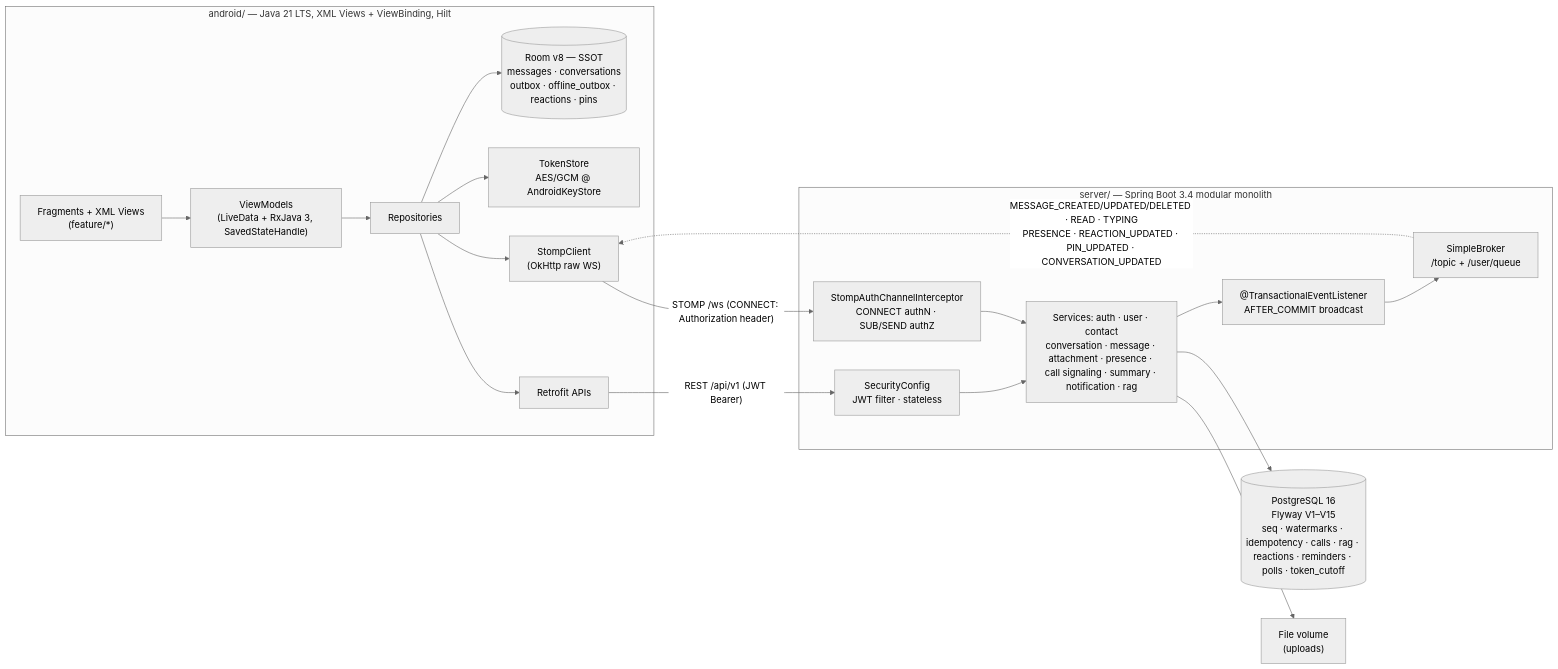
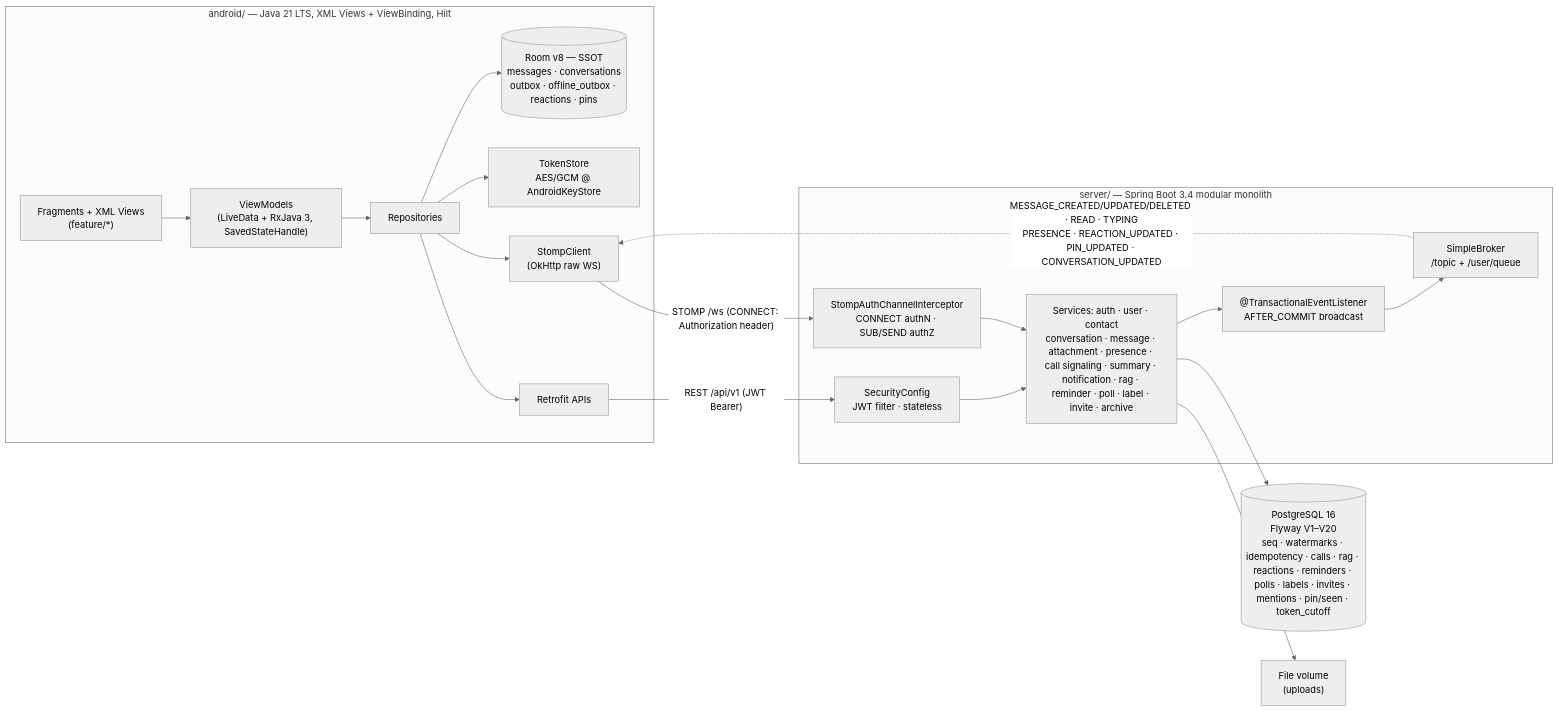
One commit to JasonTM17/Nexachat_AppJ changed the diagram in README.md. Above: the diagram before and after it, drawn with Mermaid (neutral theme). The commit also changed other lines of this file and 9 other files, not shown here.

````diff
--- a/README.md
+++ b/README.md
@@ -105,29 +111,29 @@
 ```mermaid
 flowchart LR
     subgraph Android["android/ — Java 21 LTS, XML Views + ViewBinding, Hilt"]
         UI["Fragments + XML Views<br/>(feature/*)"] --> VM["ViewModels<br/>(LiveData + RxJava 3, SavedStateHandle)"]
         VM --> REPO["Repositories"]
         REPO --> ROOM[("Room v8 — SSOT<br/>messages · conversations<br/>outbox · offline_outbox · reactions · pins")]
         REPO --> TS["TokenStore<br/>AES/GCM @ AndroidKeyStore"]
         REPO --> ST["StompClient<br/>(OkHttp raw WS)"]
         REPO --> RT["Retrofit APIs"]
     end
 
     subgraph Server["server/ — Spring Boot 3.4 modular monolith"]
         SEC["SecurityConfig<br/>JWT filter · stateless"]
         INT["StompAuthChannelInterceptor<br/>CONNECT authN · SUB/SEND authZ"]
-        SVC["Services: auth · user · contact<br/>conversation · message · attachment · presence · call signaling · summary · notification · rag"]
+        SVC["Services: auth · user · contact<br/>conversation · message · attachment · presence · call signaling · summary · notification · rag · reminder · poll · label · invite · archive"]
         EVT["@TransactionalEventListener<br/>AFTER_COMMIT broadcast"]
         BR["SimpleBroker<br/>/topic + /user/queue"]
     end
 
-    DB[("PostgreSQL 16<br/>Flyway V1–V15<br/>seq · watermarks · idempotency · calls · rag · reactions · reminders · polls · token_cutoff")]
+    DB[("PostgreSQL 16<br/>Flyway V1–V20<br/>seq · watermarks · idempotency · calls · rag · reactions · reminders · polls · labels · invites · mentions · pin/seen · token_cutoff")]
     FS["File volume<br/>(uploads)"]
 
     RT -- "REST /api/v1 (JWT Bearer)" --> SEC --> SVC
     ST -- "STOMP /ws (CONNECT: Authorization header)" --> INT --> SVC
     SVC --> DB
     SVC --> FS
     SVC --> EVT --> BR
     BR -. "MESSAGE_CREATED/UPDATED/DELETED · READ · TYPING<br/>PRESENCE · REACTION_UPDATED · PIN_UPDATED · CONVERSATION_UPDATED" .-> ST
 ```
````
